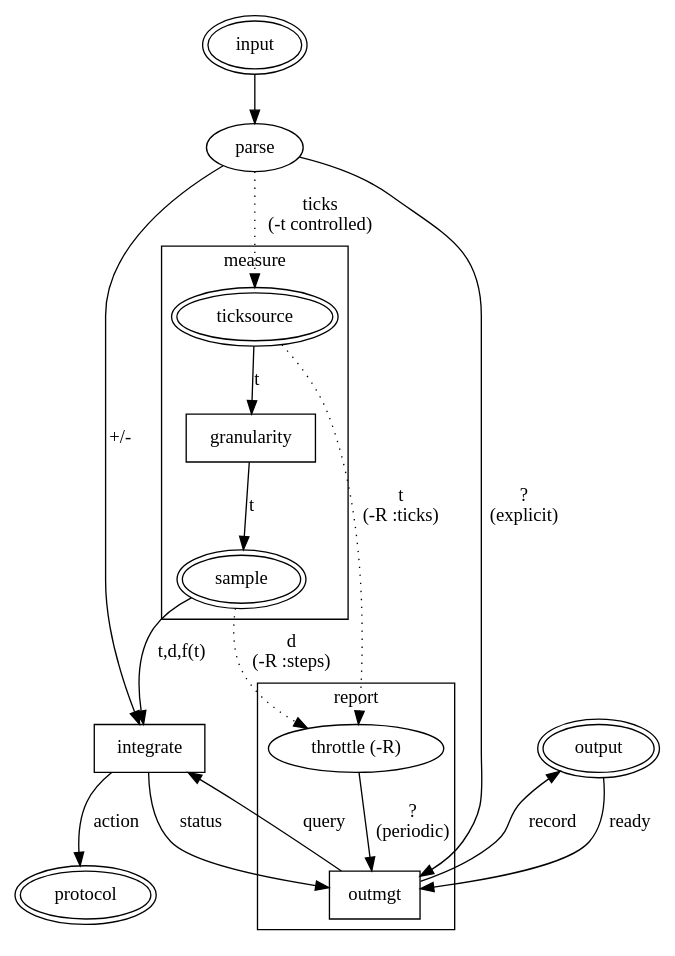
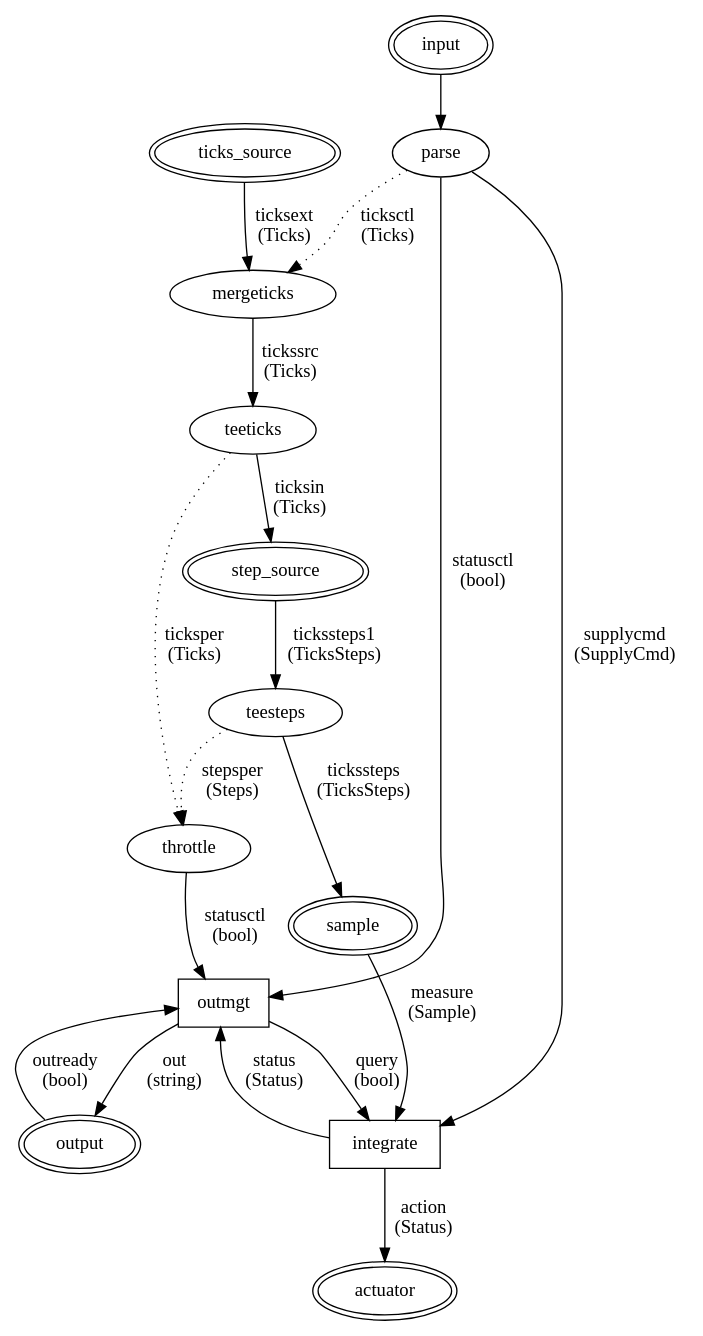
Before and after one commit to knz/reg: the diagram in design1.dot, drawn with Graphviz. The commit also changed 5 other files, not shown here.

```diff
--- a/design1.dot
+++ b/design1.dot
@@ -1,41 +1,47 @@
 digraph G {
    input [peripheries=2];
    output [peripheries=2];
-   protocol [peripheries=2];
 
-   subgraph cluster0 {
-      throttle [label="throttle (-R)"];
+//   subgraph cluster0 {
+      throttle [label="throttle"];
       outmgt [shape=box];
-      throttle -> outmgt [label="?\n(periodic)"];
-      label="report";
-   }
+      throttle -> outmgt [label="statusctl\n(bool)"];
+//      label="report";
+//   }
    integrate [shape=box];
 
-   subgraph cluster2 {
-   ticksource [peripheries=2];
+//   subgraph cluster2 {
+   ticks_source [peripheries=2];
    sample [peripheries=2];
-   granularity [shape=box];
-   ticksource -> granularity [label="t"];
-   granularity -> sample [label="t"];
-   label="measure";
-   }
+   teeticks;
+   ticks_source -> mergeticks  [label="ticksext\n(Ticks)"]
+   mergeticks -> teeticks [label="tickssrc\n(Ticks)"];
+   teeticks -> step_source [label="ticksin\n(Ticks)"];
+   step_source [peripheries=2];
+   step_source -> teesteps [label="tickssteps1\n(TicksSteps)"];
+   teesteps -> sample [label="tickssteps\n(TicksSteps)"];
+
+//   label="measure";
+//   }
 
    input -> parse;
-   parse -> integrate [label="+/-"];
-   parse -> outmgt [label="?\n(explicit)"];
-   parse -> ticksource [label="ticks\n(-t controlled)",style=dotted];
+   parse -> integrate [label="supplycmd\n(SupplyCmd)"];
+   parse -> outmgt [label="statusctl\n(bool)"];
+   parse -> mergeticks [label="ticksctl\n(Ticks)",style=dotted];
    
 
-   sample -> integrate [label="t,d,f(t)"];
-   integrate -> protocol [label="action"];
+   sample -> integrate [label="measure\n(Sample)"];
+   integrate -> actuator [label="action\n(Status)"];
 
-   ticksource -> throttle [label="t\n(-R :ticks)",style=dotted];
-   sample -> throttle [label="d\n(-R :steps)",style=dotted];
+   actuator [peripheries=2];
 
-   outmgt -> integrate [label="query"];
-   integrate -> outmgt [label="status"];
+   teeticks -> throttle [label="ticksper\n(Ticks)",style=dotted];
+   teesteps -> throttle [label="stepsper\n(Steps)",style=dotted];
 
-   output -> outmgt [label="ready"];
-   outmgt -> output [label="record"];
+   outmgt -> integrate [label="query\n(bool)"];
+   integrate -> outmgt [label="status\n(Status)"];
+
+   output -> outmgt [label="outready\n(bool)"];
+   outmgt -> output [label="out\n(string)"];
   
 }
```
